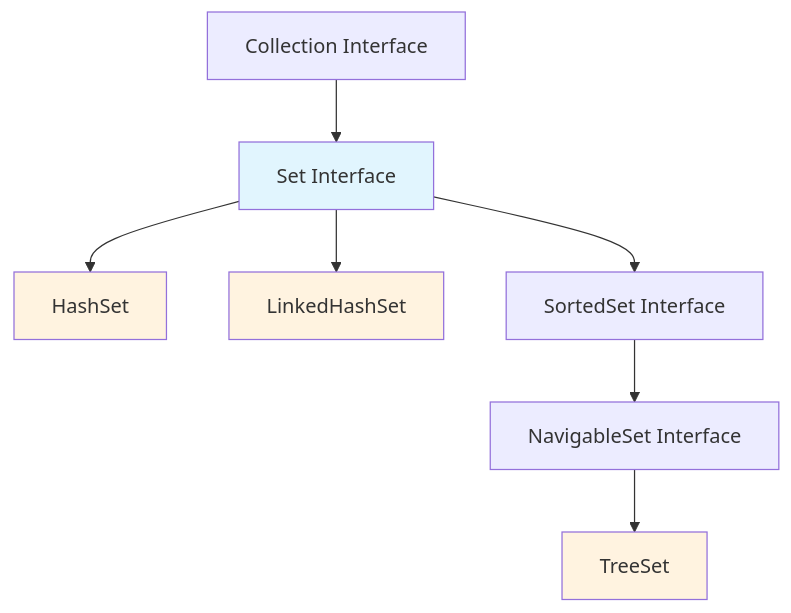
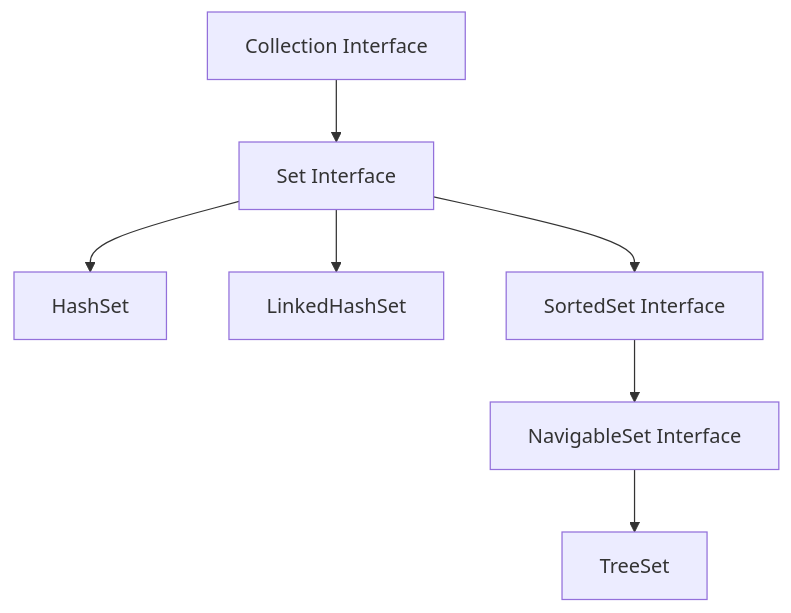
Before and after one commit to prasanvb/Java: the diagram in readme/course5/L10_Set.md, drawn with Mermaid. The commit also changed other lines of this file and 4 other files, not shown here.

````diff
--- a/readme/course5/L10_Set.md
+++ b/readme/course5/L10_Set.md
@@ -34,14 +32,9 @@
 ```mermaid
 graph TD
     A[Collection Interface] --> B[Set Interface]
     B --> C[HashSet]
     B --> D[LinkedHashSet]
     B --> E[SortedSet Interface]
     E --> F[NavigableSet Interface]
     F --> G[TreeSet]
-    
-    style B fill:#e1f5fe
-    style C fill:#fff3e0
-    style D fill:#fff3e0
-    style G fill:#fff3e0
 ```
````
